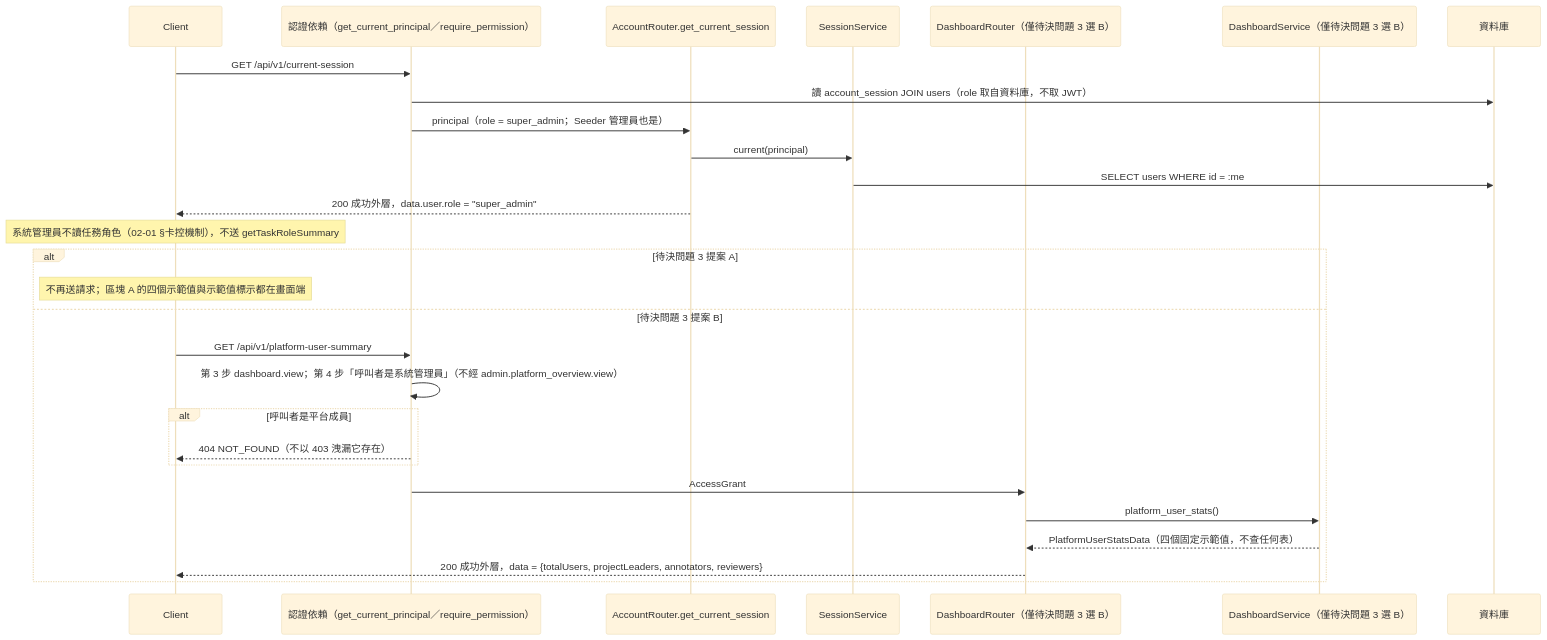
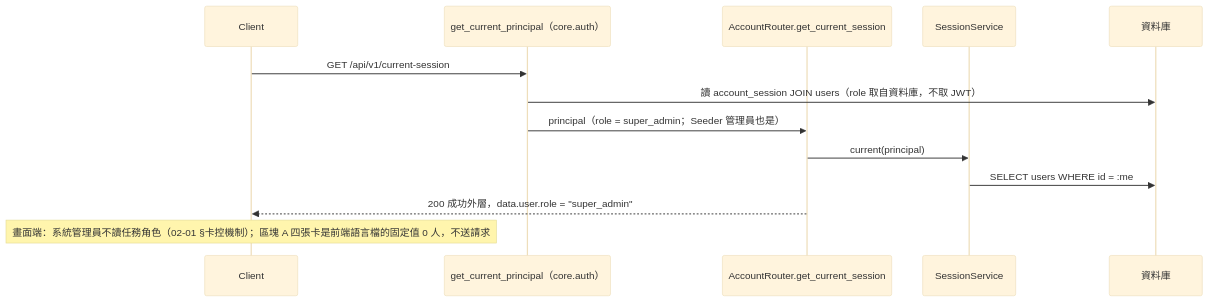
The fifth of 6 diagrams in openspec/changes/dashboard-shell/system-design.md (label-suite/label-suite), drawn with Mermaid (base theme) before and after one commit. The commit also changed other lines of this file and 3 other files, not shown here.

````diff
--- a/openspec/changes/dashboard-shell/system-design.md
+++ b/openspec/changes/dashboard-shell/system-design.md
@@ -283,30 +181,15 @@
 ```mermaid
 sequenceDiagram
   participant C as Client
-  participant G as 認證依賴（get_current_principal／require_permission）
+  participant G as get_current_principal（core.auth）
   participant AR as AccountRouter.get_current_session
   participant AS as SessionService
-  participant DR as DashboardRouter（僅待決問題 3 選 B）
-  participant DS as DashboardService（僅待決問題 3 選 B）
   participant DB as 資料庫
   C->>G: GET /api/v1/current-session
   G->>DB: 讀 account_session JOIN users（role 取自資料庫，不取 JWT）
   G->>AR: principal（role = super_admin；Seeder 管理員也是）
   AR->>AS: current(principal)
   AS->>DB: SELECT users WHERE id = :me
   AR-->>C: 200 成功外層，data.user.role = "super_admin"
-  Note over C: 系統管理員不讀任務角色（02-01 §卡控機制），不送 getTaskRoleSummary
-  alt 待決問題 3 提案 A
-    Note over C: 不再送請求；區塊 A 的四個示範值與示範值標示都在畫面端
-  else 待決問題 3 提案 B
-    C->>G: GET /api/v1/platform-user-summary
-    G->>G: 第 3 步 dashboard.view；第 4 步「呼叫者是系統管理員」（不經 admin.platform_overview.view）
-    alt 呼叫者是平台成員
-      G-->>C: 404 NOT_FOUND（不以 403 洩漏它存在）
-    end
-    G->>DR: AccessGrant
-    DR->>DS: platform_user_stats()
-    DS-->>DR: PlatformUserStatsData（四個固定示範值，不查任何表）
-    DR-->>C: 200 成功外層，data = {totalUsers, projectLeaders, annotators, reviewers}
-  end
+  Note over C: 畫面端：系統管理員不讀任務角色（02-01 §卡控機制）；區塊 A 四張卡是前端語言檔的固定值 0 人，不送請求
 ```
````
